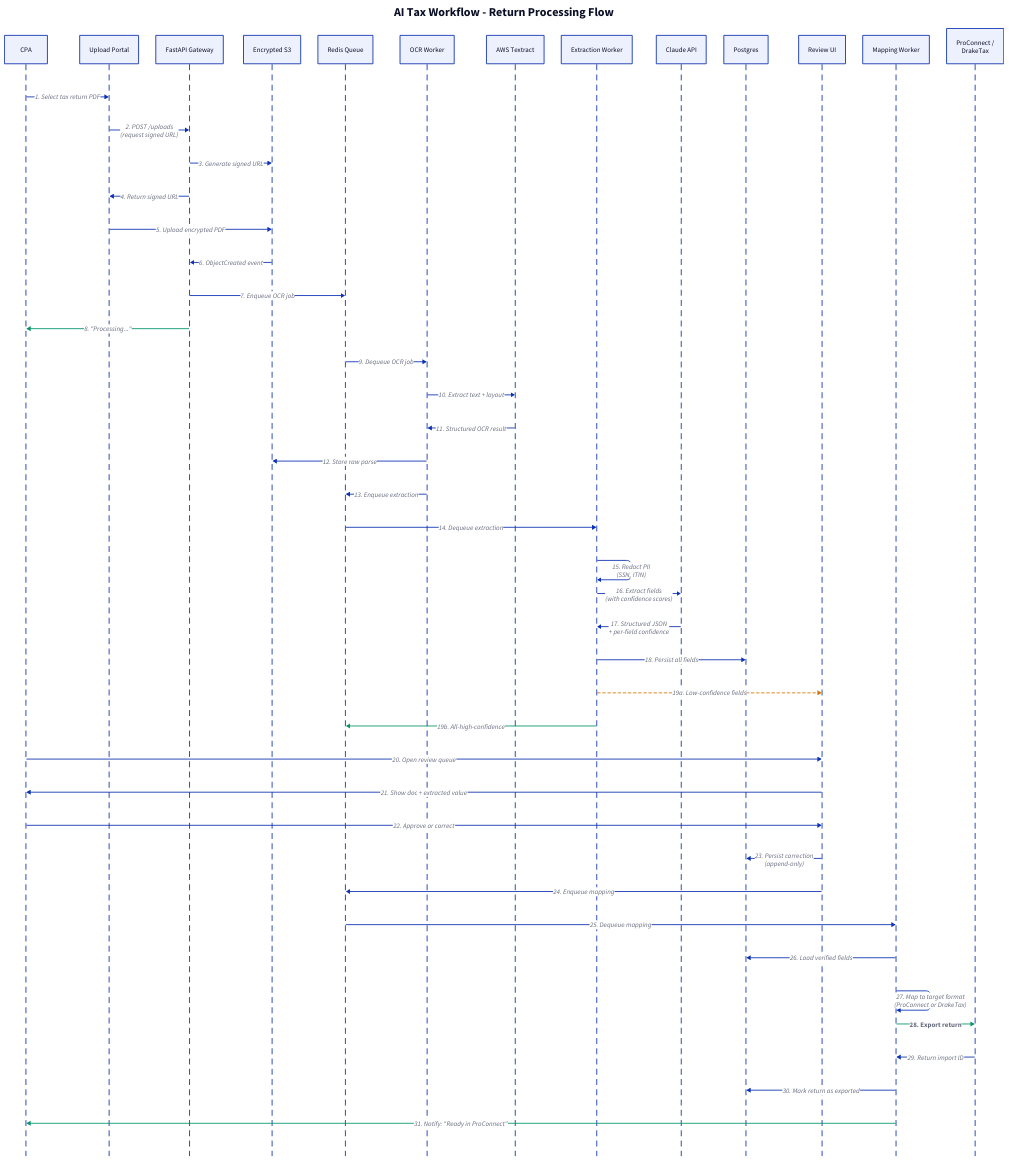
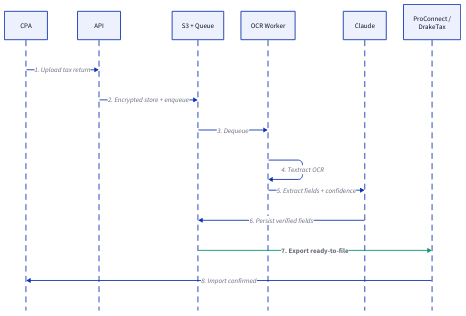
Before and after one commit to Hyperion-AI-Agency/ai-tax-workflow-reference: the diagram in docs/flow.d2, drawn with D2. The commit also changed 4 other files, not shown here.

Commit message:
chore: refresh freebie artifacts (diagrams + branded PDF)

```diff
--- a/docs/flow.d2
+++ b/docs/flow.d2
@@ -1,85 +1,23 @@
-# AI Tax Workflow - Sequence Diagram
-# Render: d2 --theme 200 --layout dagre docs/flow.d2 docs/flow.svg
-#
-# Dynamic view of a single tax return moving through the system.
-# Shows both the happy path (80% of returns) and the review path (~20%).
-# For the structural view, see architecture.d2.
-
-title: AI Tax Workflow - Return Processing Flow {
-  near: top-center
-  shape: text
-  style.font-size: 28
-  style.bold: true
-}
+# AI Tax System - Processing Flow
+# Render: d2 --theme 303 --sketch --pad 120 --scale 1.5 --layout dagre
 
 shape: sequence_diagram
 
 cpa: CPA
-web: Upload Portal
-api: FastAPI Gateway
-s3: Encrypted S3
-queue: Redis Queue
+api: API
+storage: S3 + Queue
 ocr: OCR Worker
-textract: AWS Textract
-extract: Extraction Worker
-claude: Claude API
-db: Postgres
-review_ui: Review UI
-mapper: Mapping Worker
+claude: Claude
 target: "ProConnect /\nDrakeTax"
 
-# --- Happy Path: Upload ---
-cpa -> web: "1. Select tax return PDF"
-web -> api: "2. POST /uploads\n(request signed URL)"
-api -> s3: "3. Generate signed URL"
-api -> web: "4. Return signed URL"
-web -> s3: "5. Upload encrypted PDF"
-s3 -> api: "6. ObjectCreated event"
-api -> queue: "7. Enqueue OCR job"
-api -> cpa: "8. \"Processing...\"" {
-  style.stroke: "#059669"
-}
-
-# --- OCR Step ---
-queue -> ocr: "9. Dequeue OCR job"
-ocr -> textract: "10. Extract text + layout"
-textract -> ocr: "11. Structured OCR result"
-ocr -> s3: "12. Store raw parse"
-ocr -> queue: "13. Enqueue extraction"
-
-# --- Extraction Step ---
-queue -> extract: "14. Dequeue extraction"
-extract -> extract: "15. Redact PII\n(SSN, ITIN)"
-extract -> claude: "16. Extract fields\n(with confidence scores)"
-claude -> extract: "17. Structured JSON\n+ per-field confidence"
-extract -> db: "18. Persist all fields"
-
-# --- Confidence Branch ---
-extract -> review_ui: "19a. Low-confidence fields" {
-  style.stroke: "#d97706"
-  style.stroke-dash: 3
-}
-extract -> queue: "19b. All-high-confidence" {
-  style.stroke: "#059669"
-}
-
-# --- Review Path (only for low-confidence returns) ---
-cpa -> review_ui: "20. Open review queue"
-review_ui -> cpa: "21. Show doc + extracted value"
-cpa -> review_ui: "22. Approve or correct"
-review_ui -> db: "23. Persist correction\n(append-only)"
-review_ui -> queue: "24. Enqueue mapping"
-
-# --- Mapping + Export ---
-queue -> mapper: "25. Dequeue mapping"
-mapper -> db: "26. Load verified fields"
-mapper -> mapper: "27. Map to target format\n(ProConnect or DrakeTax)"
-mapper -> target: "28. Export return" {
+cpa -> api: "1. Upload tax return"
+api -> storage: "2. Encrypted store + enqueue"
+storage -> ocr: "3. Dequeue"
+ocr -> ocr: "4. Textract OCR"
+ocr -> claude: "5. Extract fields + confidence"
+claude -> storage: "6. Persist verified fields"
+storage -> target: "7. Export ready-to-file" {
   style.stroke: "#059669"
   style.bold: true
 }
-target -> mapper: "29. Return import ID"
-mapper -> db: "30. Mark return as exported"
-mapper -> cpa: "31. Notify: \"Ready in ProConnect\"" {
-  style.stroke: "#059669"
-}
+target -> cpa: "8. Import confirmed"
```
